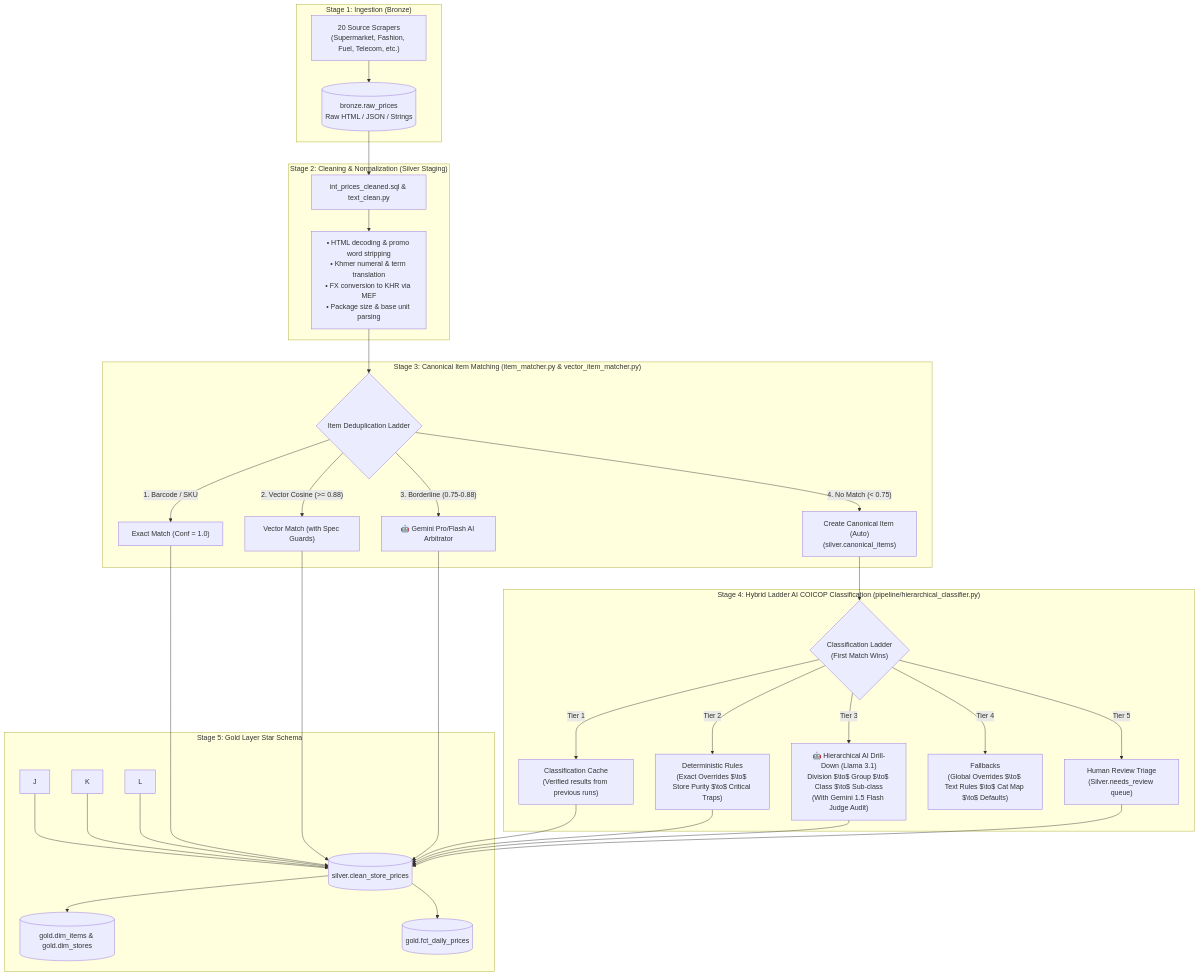
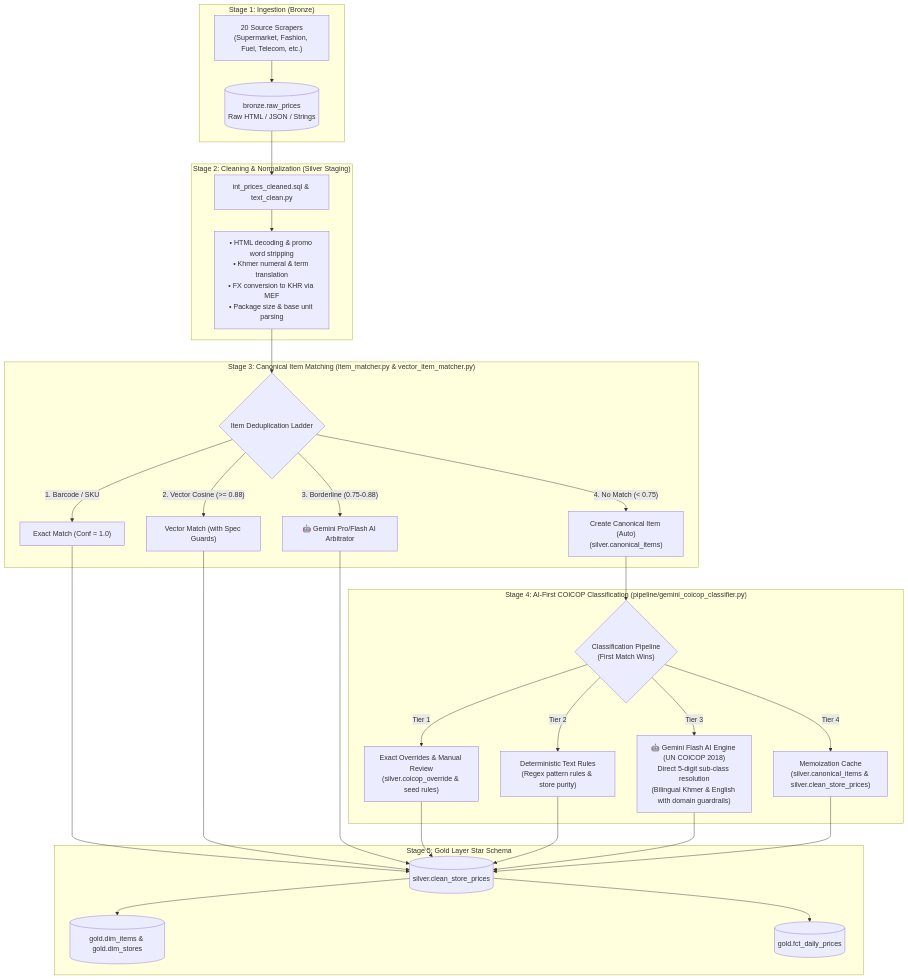
One commit to Korngmeng-Taing/Cambodia-cpi-pipeline changed the diagram in docs/PRODUCT_CLASSIFICATION_WORKFLOW.md. Above: the diagram before and after it, drawn with Mermaid. The commit also changed other lines of this file and 71 other files, not shown here.

Commit message:
refactor(core): transition to direct Gemini AI COICOP classification, purge legacy local LLM artifacts, and optimize project structure

````diff
--- a/docs/PRODUCT_CLASSIFICATION_WORKFLOW.md
+++ b/docs/PRODUCT_CLASSIFICATION_WORKFLOW.md
@@ -14,35 +14,34 @@
 ```mermaid
 flowchart TD
     subgraph S1["Stage 1: Ingestion (Bronze)"]
         A["20 Source Scrapers\n(Supermarket, Fashion, Fuel, Telecom, etc.)"] --> B[("bronze.raw_prices\nRaw HTML / JSON / Strings")]
     end
 
     subgraph S2["Stage 2: Cleaning & Normalization (Silver Staging)"]
         B --> C["int_prices_cleaned.sql & text_clean.py"]
         C --> C1["• HTML decoding & promo word stripping\n• Khmer numeral & term translation\n• FX conversion to KHR via MEF\n• Package size & base unit parsing"]
     end
 
     subgraph S3["Stage 3: Canonical Item Matching (item_matcher.py & vector_item_matcher.py)"]
         C1 --> D{"Item Deduplication Ladder"}
         D -- "1. Barcode / SKU" --> E["Exact Match (Conf = 1.0)"]
         D -- "2. Vector Cosine (>= 0.88)" --> F["Vector Match (with Spec Guards)"]
         D -- "3. Borderline (0.75-0.88)" --> F1["🤖 Gemini Pro/Flash AI Arbitrator"]
         D -- "4. No Match (< 0.75)" --> G["Create Canonical Item (Auto)\n(silver.canonical_items)"]
     end
 
-    subgraph S4["Stage 4: Hybrid Ladder AI COICOP Classification (pipeline/hierarchical_classifier.py)"]
-        G --> H{"Classification Ladder\n(First Match Wins)"}
-        H -- "Tier 1" --> I["Classification Cache\n(Verified results from previous runs)"]
-        H -- "Tier 2" --> I2["Deterministic Rules\n(Exact Overrides $\to$ Store Purity $\to$ Critical Traps)"]
-        H -- "Tier 3" --> M["🤖 Hierarchical AI Drill-Down (Llama 3.1)\nDivision $\to$ Group $\to$ Class $\to$ Sub-class\n(With Gemini 1.5 Flash Judge Audit)"]
-        H -- "Tier 4" --> M1["Fallbacks\n(Global Overrides $\to$ Text Rules $\to$ Cat Map $\to$ Defaults)"]
-        H -- "Tier 5" --> N["Human Review Triage\n(Silver.needs_review queue)"]
+    subgraph S4["Stage 4: AI-First COICOP Classification (pipeline/gemini_coicop_classifier.py)"]
+        G --> H{"Classification Pipeline\n(First Match Wins)"}
+        H -- "Tier 1" --> I["Exact Overrides & Manual Review\n(silver.coicop_override & seed rules)"]
+        H -- "Tier 2" --> I2["Deterministic Text Rules\n(Regex pattern rules & store purity)"]
+        H -- "Tier 3" --> M["🤖 Gemini Flash AI Engine (UN COICOP 2018)\nDirect 5-digit sub-class resolution\n(Bilingual Khmer & English with domain guardrails)"]
+        H -- "Tier 4" --> N["Memoization Cache\n(silver.canonical_items & silver.clean_store_prices)"]
     end
 
 
     subgraph S7["Stage 5: Gold Layer Star Schema"]
-        E & F & F1 & I & I2 & M & J & K & L & N --> T[("silver.clean_store_prices")]
+        E & F & F1 & I & I2 & M & N --> T[("silver.clean_store_prices")]
         T --> U[("gold.dim_items & gold.dim_stores")]
         T --> V[("gold.fct_daily_prices")]
     end
 ```
````
